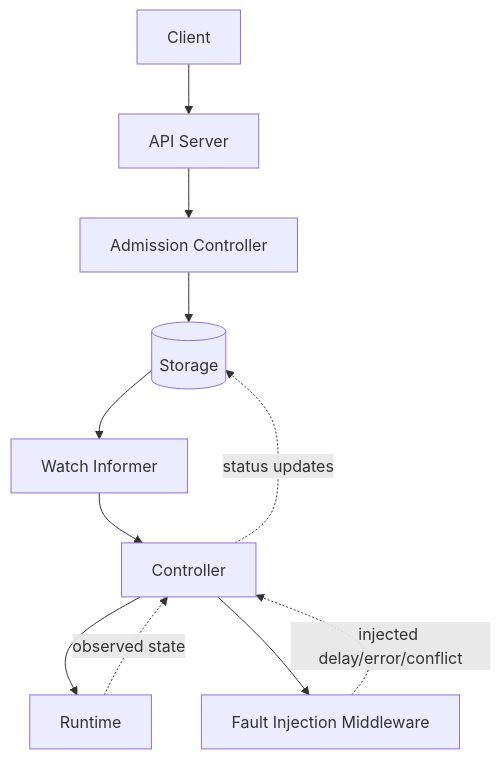
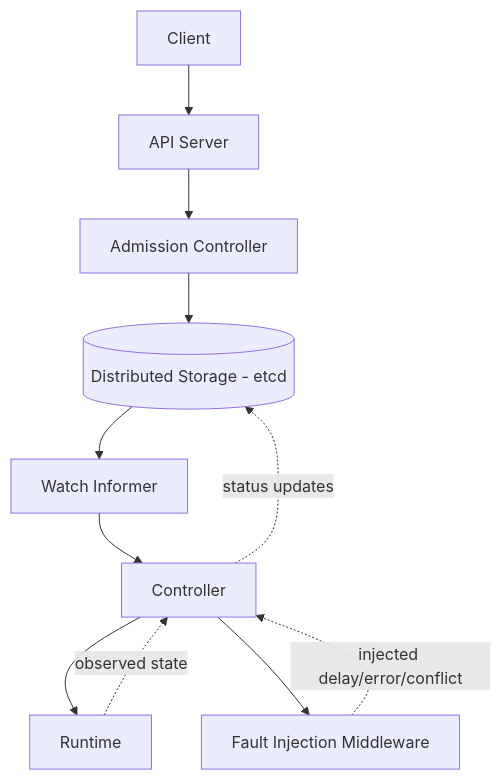
The diagram in README.md (Phoenix1504e/mini-control-plane), drawn with Mermaid before and after one commit. The commit also changed other lines of this file, not shown here.

````diff
--- a/README.md
+++ b/README.md
@@ -26,15 +26,15 @@
 ```mermaid
 flowchart TD
     Client --> APIServer[API Server]
     APIServer --> Admission[Admission Controller]
-    Admission --> Storage[(Storage)]
+    Admission --> Storage[(Distributed Storage - etcd)]
 
     Storage --> Watch[Watch Informer]
     Watch --> Controller[Controller]
     Controller --> Runtime[Runtime]
     Controller --> Fault[Fault Injection Middleware]
 
     Runtime -. observed state .-> Controller
     Fault -. injected delay/error/conflict .-> Controller
     Controller -. status updates .-> Storage
 ```
````
